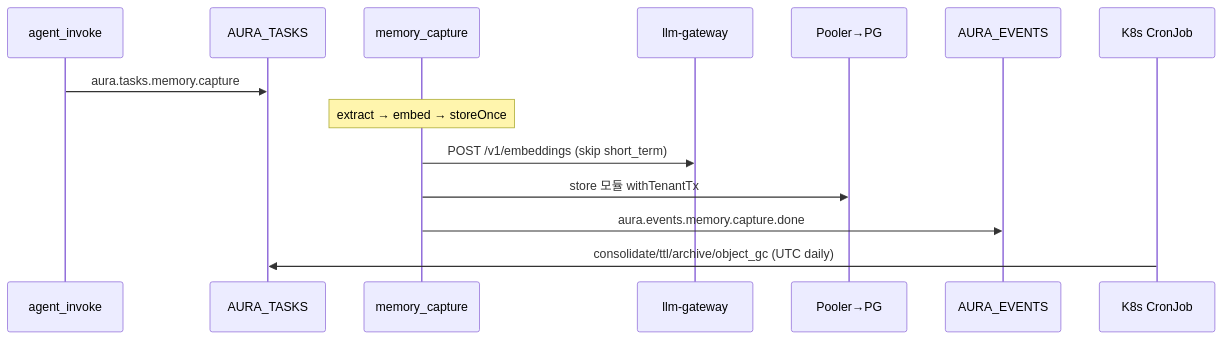
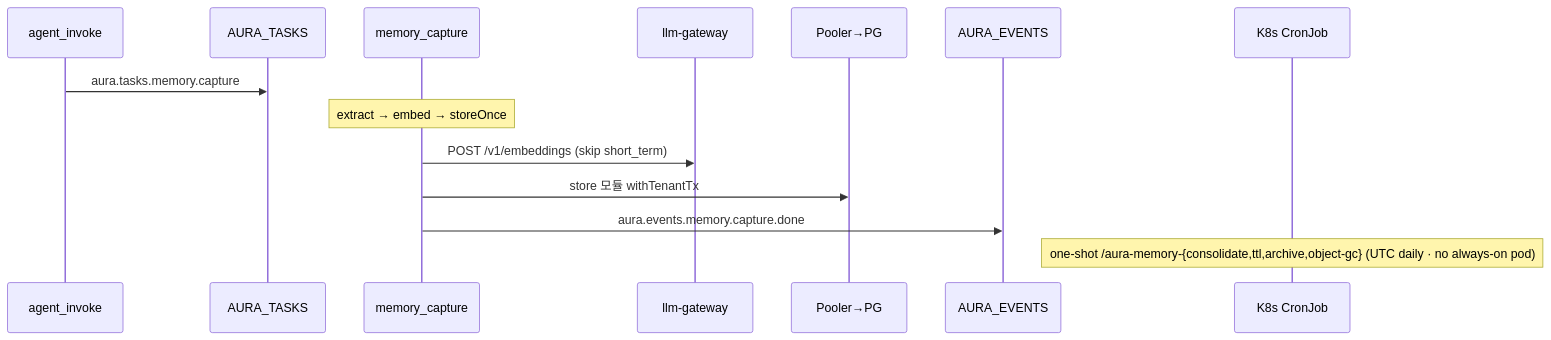
Before and after one commit to yoosungung/aura: the sixth of 7 diagrams in MESSAGE-FLOW.md, drawn with Mermaid. The commit also changed other lines of this file and 32 other files, not shown here.

First line of the commit message:
Sync docs, checks, and GH Actions with CronJob-only memory batch.

````diff
--- a/MESSAGE-FLOW.md
+++ b/MESSAGE-FLOW.md
@@ -253,17 +253,17 @@
 ```mermaid
 sequenceDiagram
   participant AI as agent_invoke
   participant T as AURA_TASKS
   participant Cap as memory_capture
   participant GW as llm-gateway
   participant PG as Pooler→PG
   participant Ev as AURA_EVENTS
   participant Cron as K8s CronJob
 
   AI->>T: aura.tasks.memory.capture
   Note over Cap: extract → embed → storeOnce
   Cap->>GW: POST /v1/embeddings (skip short_term)
   Cap->>PG: store 모듈 withTenantTx
   Cap->>Ev: aura.events.memory.capture.done
-  Cron->>T: consolidate/ttl/archive/object_gc (UTC daily)
+  Note over Cron: one-shot /aura-memory-{consolidate,ttl,archive,object-gc} (UTC daily · no always-on pod)
 ```
````
